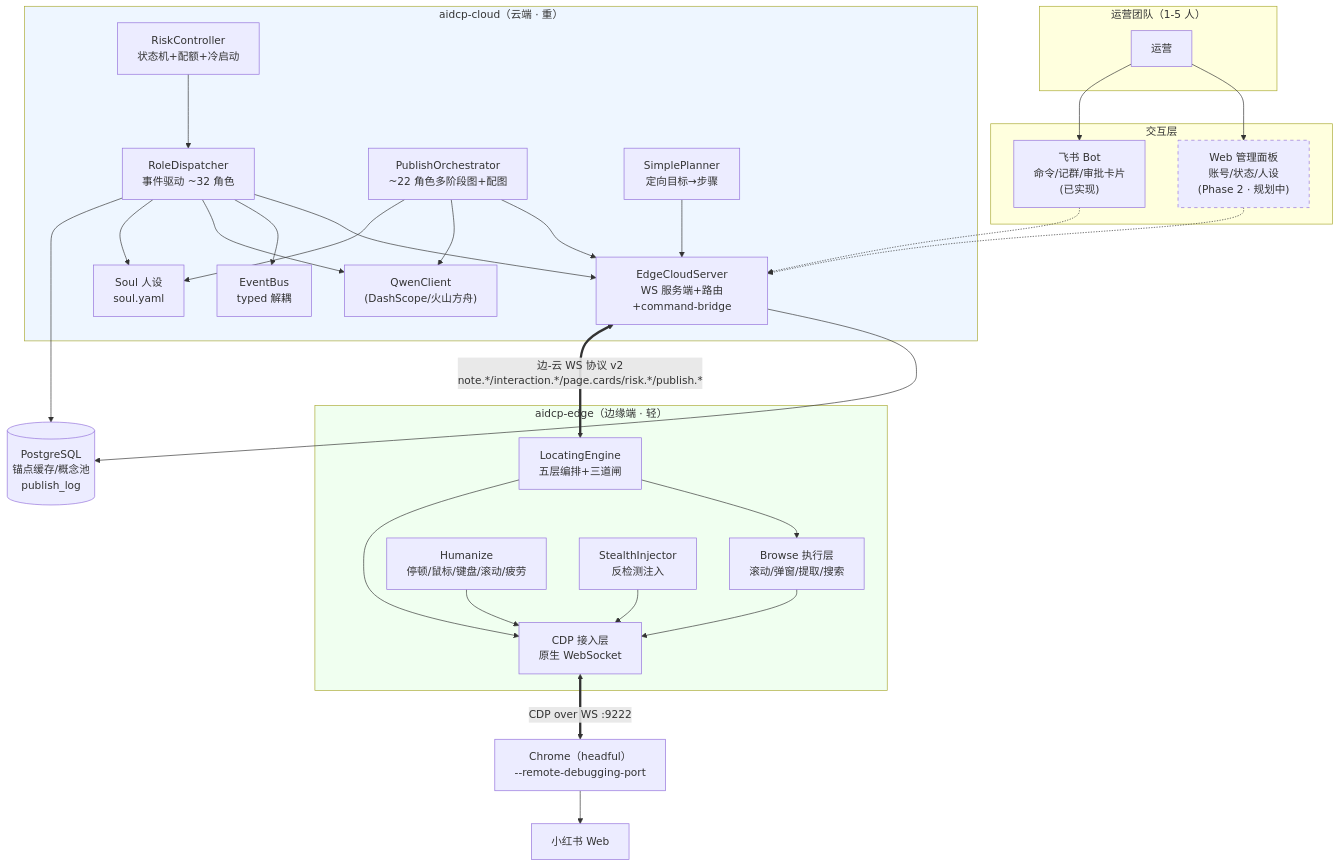
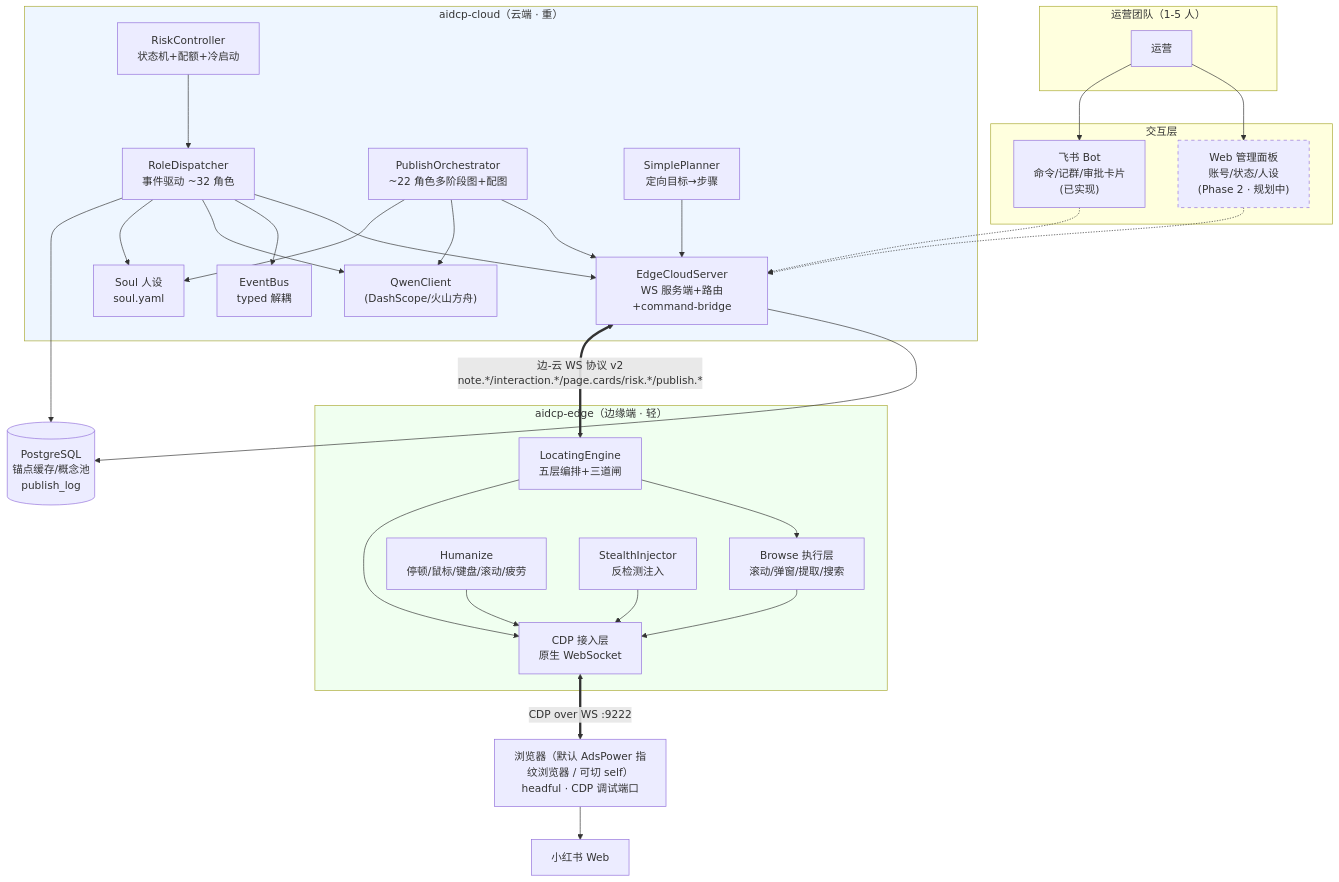
One commit to tommax-bai/aidcp changed the third of 3 diagrams in docs/product-overview.md. Above: the diagram before and after it, drawn with Mermaid. The commit also changed other lines of this file and 1 other file, not shown here.

First line of the commit message:
docs: 架构/反检测文档对齐「AdsPower 为默认浏览器 provider」

````diff
--- a/docs/product-overview.md
+++ b/docs/product-overview.md
@@ -225,66 +225,66 @@
 ```mermaid
 graph TB
     subgraph 人["运营团队（1-5 人）"]
         OP["运营"]
     end
 
     subgraph 交互["交互层"]
         WEB["Web 管理面板<br/>账号/状态/人设<br/>(Phase 2 · 规划中)"]
         FS["飞书 Bot<br/>命令/记群/审批卡片<br/>(已实现)"]
     end
 
     subgraph cloud["aidcp-cloud（云端 · 重）"]
         DISP["RoleDispatcher<br/>事件驱动 ~32 角色"]
         BUS["EventBus<br/>typed 解耦"]
         PUB["PublishOrchestrator<br/>~22 角色多阶段图+配图"]
         LLM["QwenClient<br/>(DashScope/火山方舟)"]
         SOUL["Soul 人设<br/>soul.yaml"]
         WS["EdgeCloudServer<br/>WS 服务端+路由+command-bridge"]
         RISK["RiskController<br/>状态机+配额+冷启动"]
         PLAN["SimplePlanner<br/>定向目标→步骤"]
     end
 
     PG[("PostgreSQL<br/>锚点缓存/概念池<br/>publish_log")]
 
     subgraph edge["aidcp-edge（边缘端 · 轻）"]
         ENG["LocatingEngine<br/>五层编排+三道闸"]
         BROWSE["Browse 执行层<br/>滚动/弹窗/提取/搜索"]
         HUMAN["Humanize<br/>停顿/鼠标/键盘/滚动/疲劳"]
         STEALTH["StealthInjector<br/>反检测注入"]
         CDP["CDP 接入层<br/>原生 WebSocket"]
     end
 
-    CHROME["Chrome（headful）<br/>--remote-debugging-port"]
+    CHROME["浏览器（默认 AdsPower 指纹浏览器 / 可切 self）<br/>headful · CDP 调试端口"]
     XHS["小红书 Web"]
 
     OP --> WEB
     OP --> FS
     WEB -.-> WS
     FS -.-> WS
 
     DISP --> WS
     PUB --> WS
     PLAN --> WS
     DISP --> BUS
     DISP --> LLM
     PUB --> LLM
     DISP --> SOUL
     PUB --> SOUL
     RISK --> DISP
     WS --> PG
     DISP --> PG
 
     WS <==>|"边-云 WS 协议 v2<br/>note.*/interaction.*/page.cards/risk.*/publish.*"| ENG
 
     ENG --> BROWSE
     ENG --> CDP
     BROWSE --> CDP
     HUMAN --> CDP
     STEALTH --> CDP
     CDP <==>|"CDP over WS :9222"| CHROME
     CHROME --> XHS
 
     style WEB stroke-dasharray: 5 5
     style cloud fill:#eef6ff
     style edge fill:#f0fff0
 ```
````
